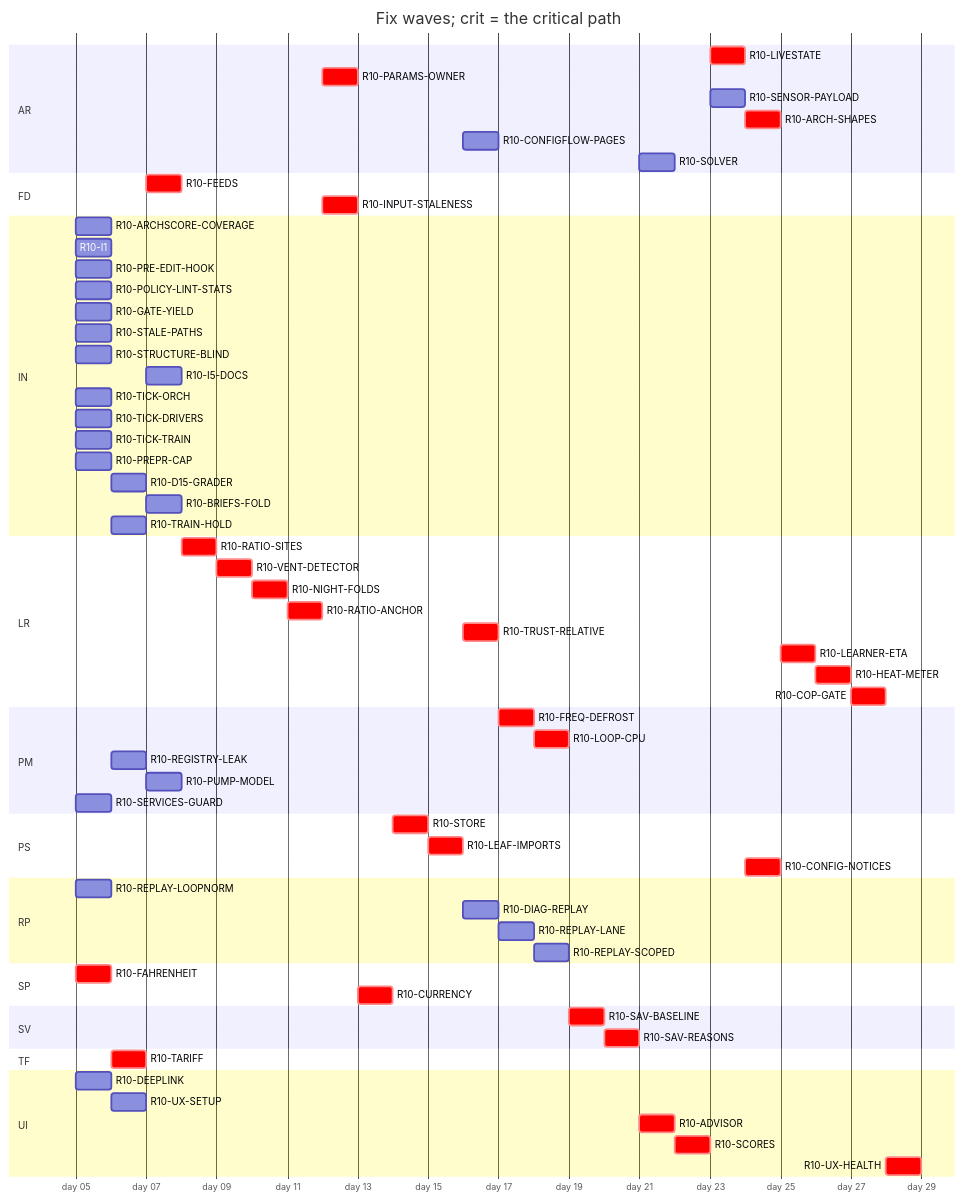
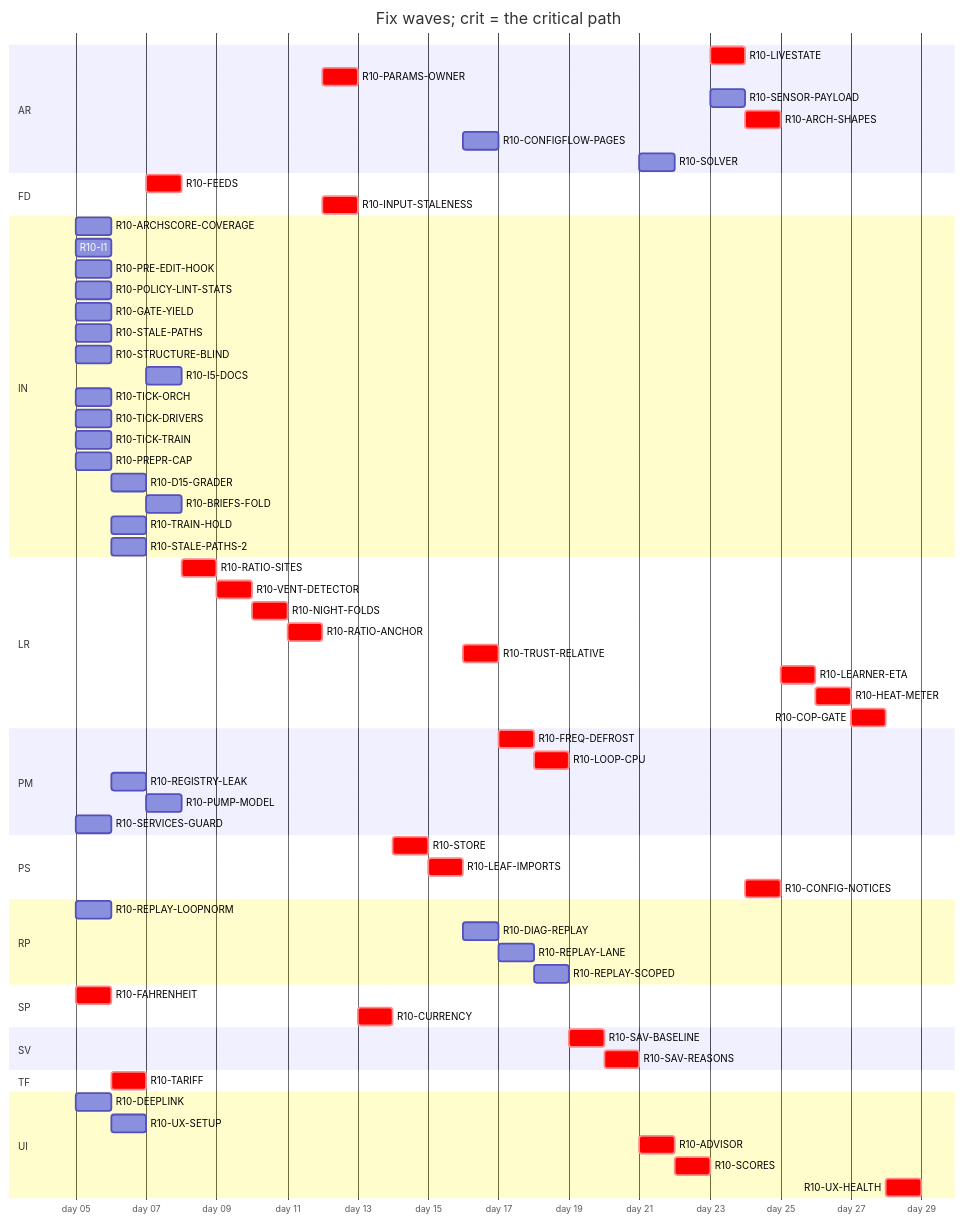
One commit to tvofi/heatpump_optimizer changed the diagram in handoff/round10/state/PLAN-TABLE.md. Above: the diagram before and after it, drawn with Mermaid. The commit also changed other lines of this file and 1 other file, not shown here.

````diff
--- a/handoff/round10/state/PLAN-TABLE.md
+++ b/handoff/round10/state/PLAN-TABLE.md
@@ -24,70 +24,71 @@
 ```mermaid
 gantt
   title Fix waves; crit = the critical path
   dateFormat YYYY-MM-DD
   axisFormat day %d
   section AR
     R10-LIVESTATE :crit, r10LIVESTATE, after r10SCORES r10PUMPMODEL, 1d
     R10-PARAMS-OWNER :crit, r10PARAMSOWNER, after r10CONFIGNOTICES r10ARCHSCORECOVERAGE r10SERVICESGUARD, 1d
     R10-SENSOR-PAYLOAD :r10SENSORPAYLOAD, after r10SCORES, 1d
     R10-ARCH-SHAPES :crit, r10ARCHSHAPES, after r10PARAMSOWNER r10SENSORPAYLOAD r10FREQDEFROST, 1d
     R10-CONFIGFLOW-PAGES :r10CONFIGFLOWPAGES, after r10HEATMETER, 1d
     R10-SOLVER :r10SOLVER, after r10SAVREASONS r10TARIFF, 1d
   section FD
     R10-FEEDS :crit, r10FEEDS, after r10TARIFF, 1d
     R10-INPUT-STALENESS :crit, r10INPUTSTALENESS, after r10RATIOANCHOR, 1d
   section IN
     R10-ARCHSCORE-COVERAGE :r10ARCHSCORECOVERAGE, 2026-01-05, 1d
     R10-I1 :r10I1, 2026-01-05, 1d
     R10-PRE-EDIT-HOOK :r10PREEDITHOOK, 2026-01-05, 1d
     R10-POLICY-LINT-STATS :r10POLICYLINTSTATS, 2026-01-05, 1d
     R10-GATE-YIELD :r10GATEYIELD, 2026-01-05, 1d
     R10-STALE-PATHS :r10STALEPATHS, 2026-01-05, 1d
     R10-STRUCTURE-BLIND :r10STRUCTUREBLIND, 2026-01-05, 1d
     R10-I5-DOCS :r10I5DOCS, after r10I1 r10STRUCTUREBLIND r10REGISTRYLEAK, 1d
     R10-TICK-ORCH :r10TICKORCH, 2026-01-05, 1d
     R10-TICK-DRIVERS :r10TICKDRIVERS, 2026-01-05, 1d
     R10-TICK-TRAIN :r10TICKTRAIN, 2026-01-05, 1d
     R10-PREPR-CAP :r10PREPRCAP, 2026-01-05, 1d
     R10-D15-GRADER :r10D15GRADER, after r10TICKDRIVERS, 1d
     R10-BRIEFS-FOLD :r10BRIEFSFOLD, after r10ARCHSCORECOVERAGE r10D15GRADER, 1d
     R10-TRAIN-HOLD :r10TRAINHOLD, after r10TICKTRAIN r10TICKORCH, 1d
+    R10-STALE-PATHS-2 :r10STALEPATHS2, after r10STALEPATHS, 1d
   section LR
     R10-RATIO-SITES :crit, r10RATIOSITES, after r10FEEDS, 1d
     R10-VENT-DETECTOR :crit, r10VENTDETECTOR, after r10RATIOSITES, 1d
     R10-NIGHT-FOLDS :crit, r10NIGHTFOLDS, after r10VENTDETECTOR, 1d
     R10-RATIO-ANCHOR :crit, r10RATIOANCHOR, after r10NIGHTFOLDS, 1d
     R10-TRUST-RELATIVE :crit, r10TRUSTRELATIVE, after r10LEAFIMPORTS, 1d
     R10-LEARNER-ETA :crit, r10LEARNERETA, after r10ARCHSHAPES, 1d
     R10-HEAT-METER :crit, r10HEATMETER, after r10LEARNERETA r10INPUTSTALENESS r10UXSETUP r10RATIOANCHOR, 1d
     R10-COP-GATE :crit, r10COPGATE, after r10HEATMETER r10SENSORPAYLOAD, 1d
   section PM
     R10-FREQ-DEFROST :crit, r10FREQDEFROST, after r10TRUSTRELATIVE, 1d
     R10-LOOP-CPU :crit, r10LOOPCPU, after r10FREQDEFROST, 1d
     R10-REGISTRY-LEAK :r10REGISTRYLEAK, after r10FAHRENHEIT, 1d
     R10-PUMP-MODEL :r10PUMPMODEL, after r10REGISTRYLEAK, 1d
     R10-SERVICES-GUARD :r10SERVICESGUARD, 2026-01-05, 1d
   section PS
     R10-STORE :crit, r10STORE, after r10CURRENCY, 1d
     R10-LEAF-IMPORTS :crit, r10LEAFIMPORTS, after r10STORE r10NIGHTFOLDS r10TARIFF, 1d
     R10-CONFIG-NOTICES :crit, r10CONFIGNOTICES, after r10LIVESTATE, 1d
   section RP
     R10-REPLAY-LOOPNORM :r10REPLAYLOOPNORM, 2026-01-05, 1d
     R10-DIAG-REPLAY :r10DIAGREPLAY, after r10REPLAYLOOPNORM r10LEAFIMPORTS, 1d
     R10-REPLAY-LANE :r10REPLAYLANE, after r10DIAGREPLAY, 1d
     R10-REPLAY-SCOPED :r10REPLAYSCOPED, after r10REPLAYLANE r10TICKORCH r10TRAINHOLD, 1d
   section SP
     R10-FAHRENHEIT :crit, r10FAHRENHEIT, 2026-01-05, 1d
     R10-CURRENCY :crit, r10CURRENCY, after r10INPUTSTALENESS, 1d
   section SV
     R10-SAV-BASELINE :crit, r10SAVBASELINE, after r10LOOPCPU, 1d
     R10-SAV-REASONS :crit, r10SAVREASONS, after r10SAVBASELINE r10LEAFIMPORTS, 1d
   section TF
     R10-TARIFF :crit, r10TARIFF, after r10FAHRENHEIT, 1d
   section UI
     R10-DEEPLINK :r10DEEPLINK, 2026-01-05, 1d
     R10-UX-SETUP :r10UXSETUP, after r10DEEPLINK, 1d
     R10-ADVISOR :crit, r10ADVISOR, after r10UXSETUP r10SAVREASONS, 1d
     R10-SCORES :crit, r10SCORES, after r10ADVISOR r10RATIOSITES, 1d
     R10-UX-HEALTH :crit, r10UXHEALTH, after r10SCORES r10COPGATE r10HEATMETER, 1d
 ```
````
